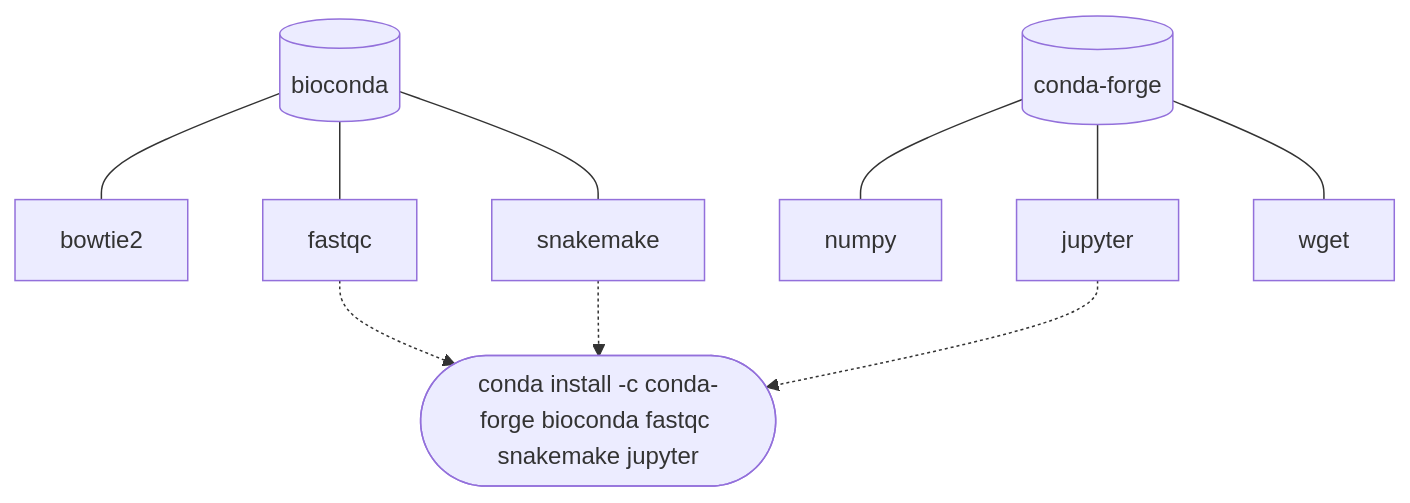
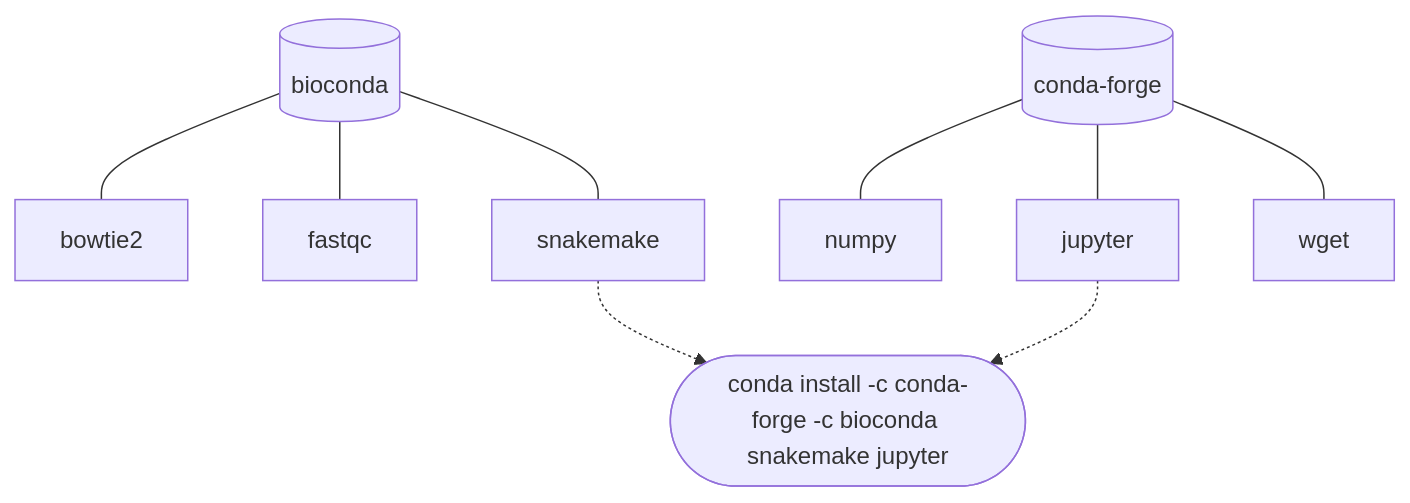
The seventh of 7 diagrams in lectures/conda/conda.qmd (NBISweden/workshop-reproducible-research), drawn with Mermaid before and after one commit. The commit also changed other lines of this file, not shown here.

Commit message:
Add conda lecture in quarto format

````diff
--- a/lectures/conda/conda.qmd
+++ b/lectures/conda/conda.qmd
@@ -85,15 +155,13 @@
 ```{mermaid}
 flowchart TD
     ch1[(bioconda)] --- p1[bowtie2]
     ch1[(bioconda)] --- p2[fastqc]
     ch1[(bioconda)] --- p3[snakemake]
 
     ch2[(conda-forge)] --- p4[numpy]
     ch2[(conda-forge)] --- p5[jupyter]
     ch2[(conda-forge)] --- p6[wget]
 
-    p5 -.-> l1([conda install -c conda-forge bioconda fastqc snakemake jupyter])
+    p5 -.-> l1([conda install -c conda-forge -c bioconda snakemake jupyter])
     p3 -.-> l1
-    p2 -.-> l1
-
 ```
````
